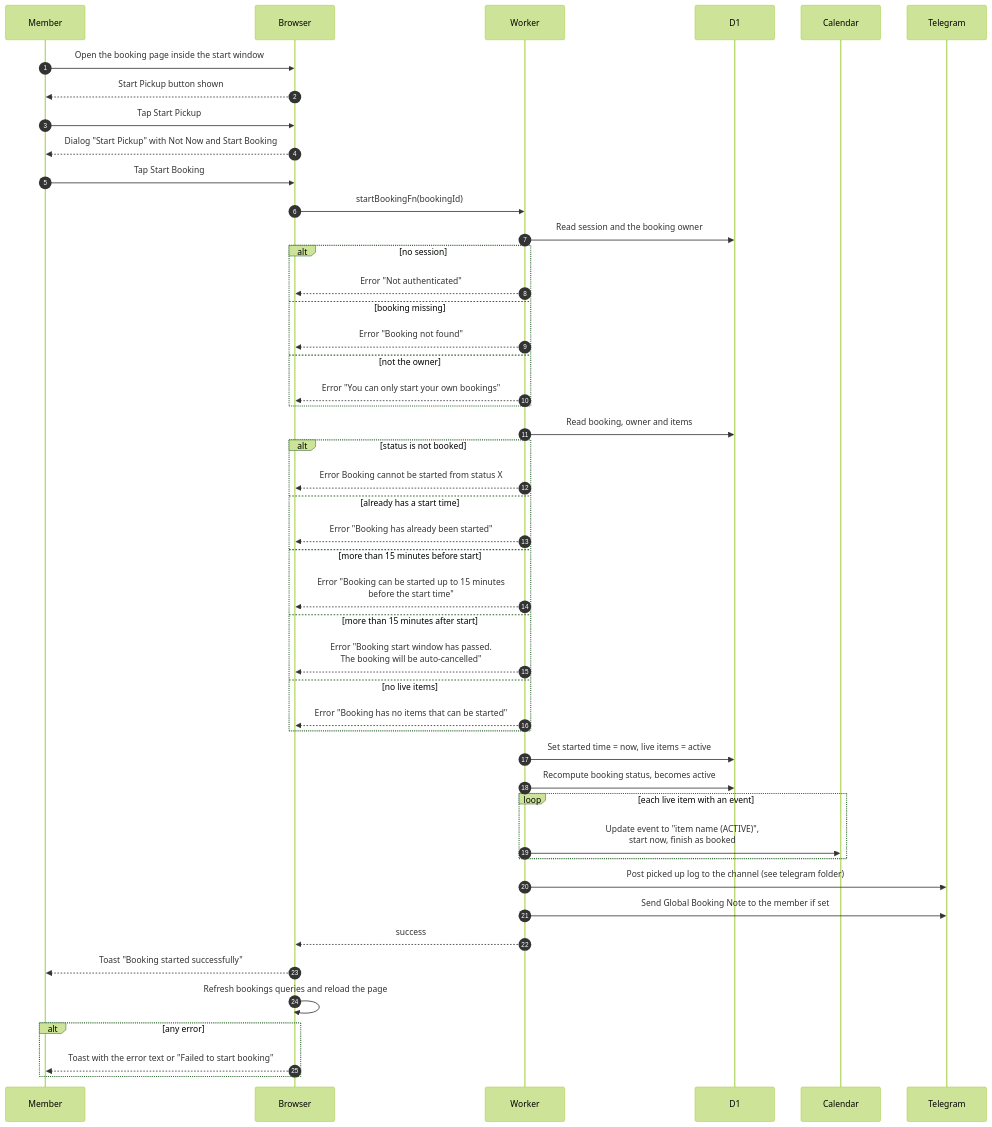
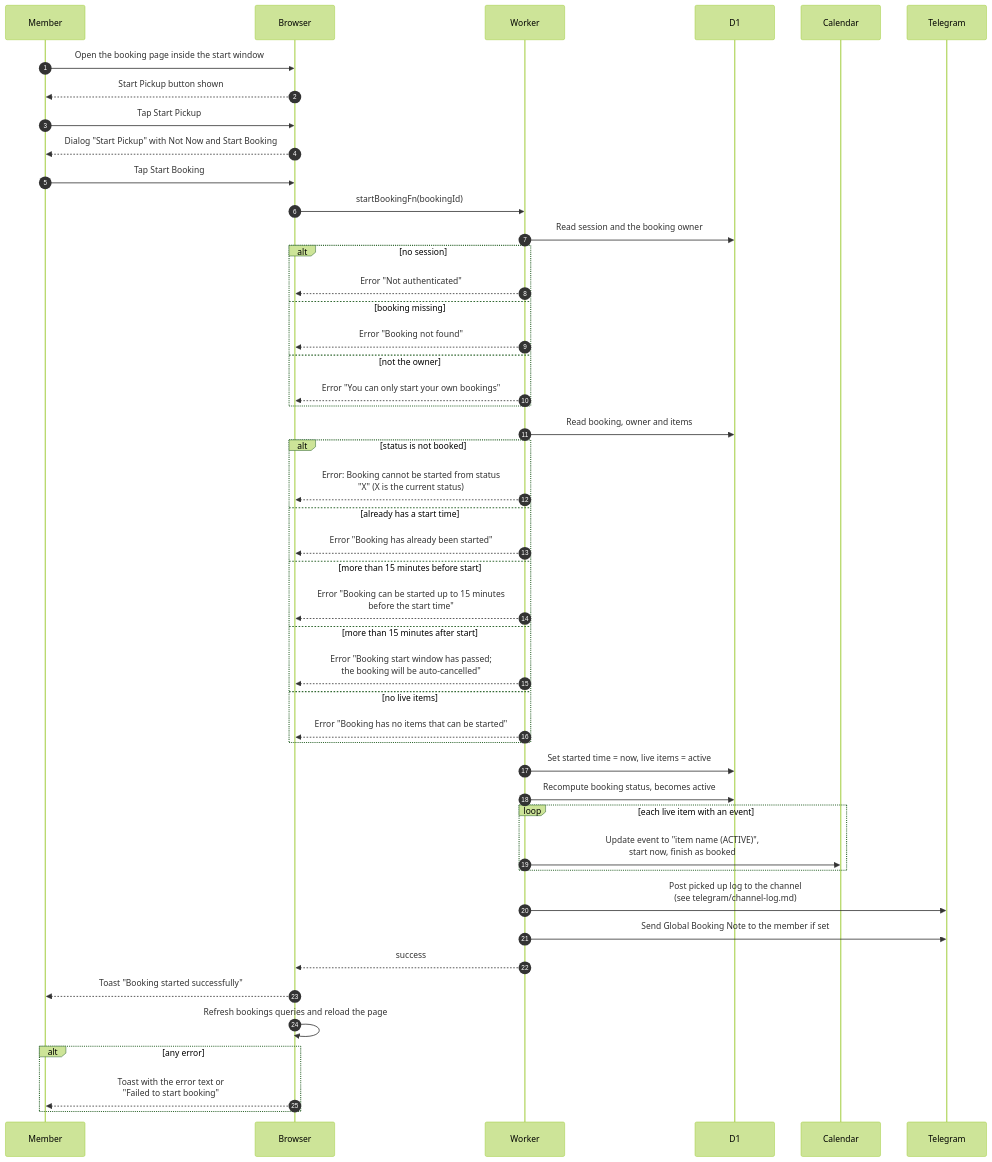
Before and after one commit to sagyzdop/meriksirat: the diagram in docs/scenarios/bookings/start-booking.md, drawn with Mermaid (forest theme). The commit also changed other lines of this file and 17 other files, not shown here.

Commit message:
docs(scenarios): verify bookings diagrams against the code

````diff
--- a/docs/scenarios/bookings/start-booking.md
+++ b/docs/scenarios/bookings/start-booking.md
@@ -29,49 +29,49 @@
 ```mermaid
 sequenceDiagram
     autonumber
     participant M as Member
     participant B as Browser
     participant W as Worker
     participant D as D1
     participant C as Calendar
     participant T as Telegram
     M->>B: Open the booking page inside the start window
     B-->>M: Start Pickup button shown
     M->>B: Tap Start Pickup
     B-->>M: Dialog "Start Pickup" with Not Now and Start Booking
     M->>B: Tap Start Booking
     B->>W: startBookingFn(bookingId)
     W->>D: Read session and the booking owner
     alt no session
         W-->>B: Error "Not authenticated"
     else booking missing
         W-->>B: Error "Booking not found"
     else not the owner
         W-->>B: Error "You can only start your own bookings"
     end
     W->>D: Read booking, owner and items
     alt status is not booked
-        W-->>B: Error Booking cannot be started from status X
+        W-->>B: Error: Booking cannot be started from status<br/>#quot;X#quot; (X is the current status)
     else already has a start time
         W-->>B: Error "Booking has already been started"
     else more than 15 minutes before start
         W-->>B: Error "Booking can be started up to 15 minutes<br/>before the start time"
     else more than 15 minutes after start
-        W-->>B: Error "Booking start window has passed.<br/>The booking will be auto-cancelled"
+        W-->>B: Error "Booking start window has passed#59;<br/>the booking will be auto-cancelled"
     else no live items
         W-->>B: Error "Booking has no items that can be started"
     end
     W->>D: Set started time = now, live items = active
     W->>D: Recompute booking status, becomes active
     loop each live item with an event
         W->>C: Update event to "item name (ACTIVE)",<br/>start now, finish as booked
     end
-    W->>T: Post picked up log to the channel (see telegram folder)
+    W->>T: Post picked up log to the channel<br/>(see telegram/channel-log.md)
     W->>T: Send Global Booking Note to the member if set
     W-->>B: success
     B-->>M: Toast "Booking started successfully"
     B->>B: Refresh bookings queries and reload the page
     alt any error
-        B-->>M: Toast with the error text or "Failed to start booking"
+        B-->>M: Toast with the error text or<br/>"Failed to start booking"
     end
 ```
````
